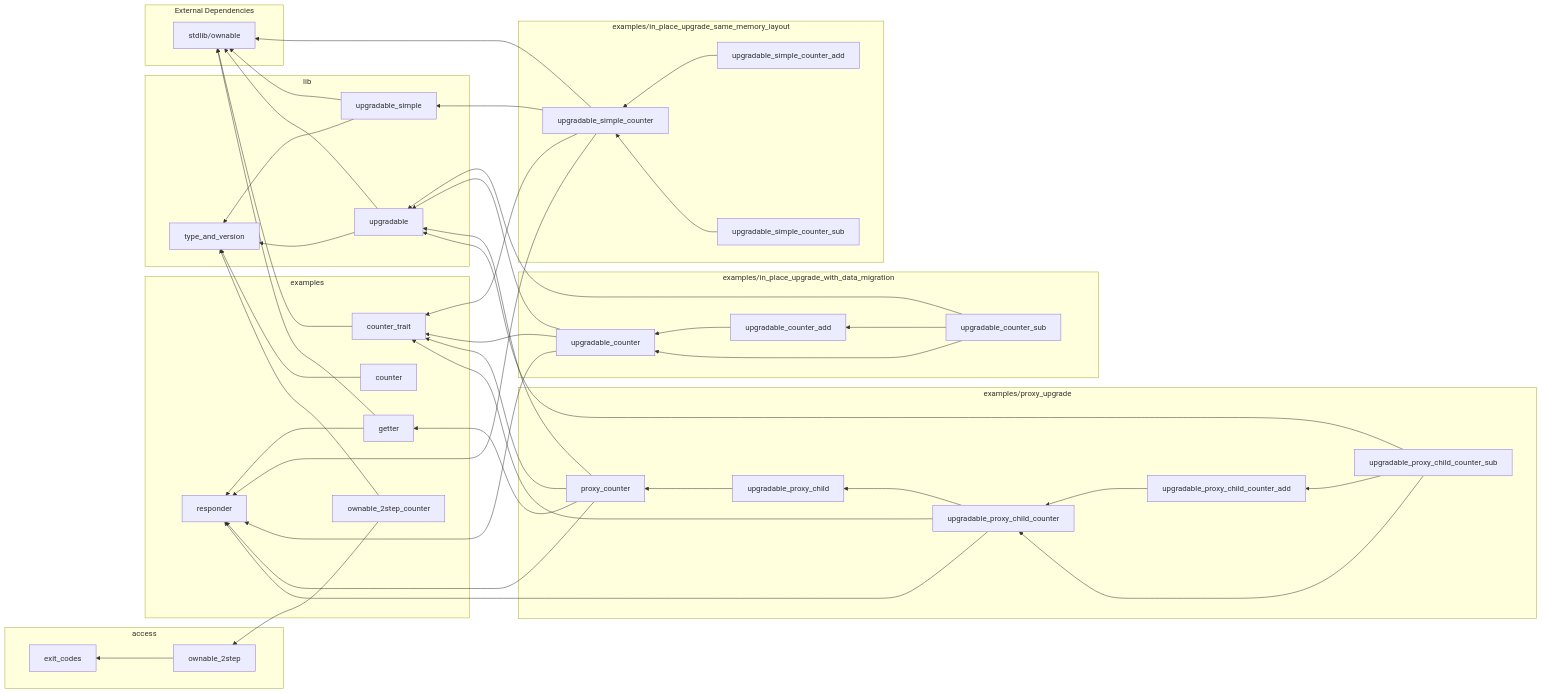
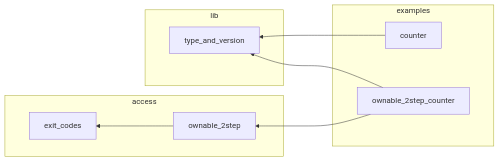
One commit to smartcontractkit/chainlink-ton changed the diagram in contracts/generated/dependencies.md. Above: the diagram before and after it, drawn with Mermaid.

Commit message:
fix: update graph

````diff
--- a/contracts/generated/dependencies.md
+++ b/contracts/generated/dependencies.md
@@ -3,80 +3,23 @@
 ```mermaid
 ---
 config:
   flowchart:
     rankSpacing: 100
 ---
 flowchart RL
     subgraph access[access]
         access__exit_codes_tact[exit_codes]
         access__ownable_2step_tact[ownable_2step]
     end
     subgraph examples[examples]
         examples__counter_tact[counter]
-        examples__counter_trait_tact[counter_trait]
-        examples__responder_tact[responder]
-        examples__getter_tact[getter]
         examples__ownable_2step_counter_tact[ownable_2step_counter]
     end
-    subgraph examples_in_place_upgrade_with_data_migration[examples/in_place_upgrade_with_data_migration]
-        examples__in_place_upgrade_with_data_migration__upgradable_counter_add_tact[upgradable_counter_add]
-        examples__in_place_upgrade_with_data_migration__upgradable_counter_tact[upgradable_counter]
-        examples__in_place_upgrade_with_data_migration__upgradable_counter_sub_tact[upgradable_counter_sub]
-    end
-    subgraph examples_proxy_upgrade[examples/proxy_upgrade]
-        examples__proxy_upgrade__upgradable_proxy_child_tact[upgradable_proxy_child]
-        examples__proxy_upgrade__upgradable_proxy_child_counter_tact[upgradable_proxy_child_counter]
-        examples__proxy_upgrade__upgradable_proxy_child_counter_add_tact[upgradable_proxy_child_counter_add]
-        examples__proxy_upgrade__upgradable_proxy_child_counter_sub_tact[upgradable_proxy_child_counter_sub]
-        examples__proxy_upgrade__proxy_counter_tact[proxy_counter]
-    end
-    subgraph examples_in_place_upgrade_same_memory_layout[examples/in_place_upgrade_same_memory_layout]
-        examples__in_place_upgrade_same_memory_layout__upgradable_simple_counter_add_tact[upgradable_simple_counter_add]
-        examples__in_place_upgrade_same_memory_layout__upgradable_simple_counter_tact[upgradable_simple_counter]
-        examples__in_place_upgrade_same_memory_layout__upgradable_simple_counter_sub_tact[upgradable_simple_counter_sub]
-    end
     subgraph lib[lib]
-        lib__upgradable_tact[upgradable]
-        lib__upgradable_simple_tact[upgradable_simple]
         lib__type_and_version_tact[type_and_version]
-    end
-    subgraph external[External Dependencies]
-        ext_stdlib__ownable[stdlib/ownable]
     end
     access__ownable_2step_tact --> access__exit_codes_tact
     examples__counter_tact --> lib__type_and_version_tact
-    examples__counter_trait_tact --> ext_stdlib__ownable
-    examples__getter_tact --> examples__responder_tact
-    examples__getter_tact --> ext_stdlib__ownable
-    examples__in_place_upgrade_same_memory_layout__upgradable_simple_counter_add_tact --> examples__in_place_upgrade_same_memory_layout__upgradable_simple_counter_tact
-    examples__in_place_upgrade_same_memory_layout__upgradable_simple_counter_sub_tact --> examples__in_place_upgrade_same_memory_layout__upgradable_simple_counter_tact
-    examples__in_place_upgrade_same_memory_layout__upgradable_simple_counter_tact --> lib__upgradable_simple_tact
-    examples__in_place_upgrade_same_memory_layout__upgradable_simple_counter_tact --> examples__counter_trait_tact
-    examples__in_place_upgrade_same_memory_layout__upgradable_simple_counter_tact --> examples__responder_tact
-    examples__in_place_upgrade_same_memory_layout__upgradable_simple_counter_tact --> ext_stdlib__ownable
-    examples__in_place_upgrade_with_data_migration__upgradable_counter_add_tact --> examples__in_place_upgrade_with_data_migration__upgradable_counter_tact
-    examples__in_place_upgrade_with_data_migration__upgradable_counter_sub_tact --> lib__upgradable_tact
-    examples__in_place_upgrade_with_data_migration__upgradable_counter_sub_tact --> examples__in_place_upgrade_with_data_migration__upgradable_counter_tact
-    examples__in_place_upgrade_with_data_migration__upgradable_counter_sub_tact --> examples__in_place_upgrade_with_data_migration__upgradable_counter_add_tact
-    examples__in_place_upgrade_with_data_migration__upgradable_counter_tact --> lib__upgradable_tact
-    examples__in_place_upgrade_with_data_migration__upgradable_counter_tact --> examples__counter_trait_tact
-    examples__in_place_upgrade_with_data_migration__upgradable_counter_tact --> examples__responder_tact
     examples__ownable_2step_counter_tact --> access__ownable_2step_tact
     examples__ownable_2step_counter_tact --> lib__type_and_version_tact
-    examples__proxy_upgrade__proxy_counter_tact --> lib__upgradable_tact
-    examples__proxy_upgrade__proxy_counter_tact --> examples__counter_trait_tact
-    examples__proxy_upgrade__proxy_counter_tact --> examples__getter_tact
-    examples__proxy_upgrade__proxy_counter_tact --> examples__responder_tact
-    examples__proxy_upgrade__upgradable_proxy_child_counter_add_tact --> examples__proxy_upgrade__upgradable_proxy_child_counter_tact
-    examples__proxy_upgrade__upgradable_proxy_child_counter_sub_tact --> lib__upgradable_tact
-    examples__proxy_upgrade__upgradable_proxy_child_counter_sub_tact --> examples__proxy_upgrade__upgradable_proxy_child_counter_tact
-    examples__proxy_upgrade__upgradable_proxy_child_counter_sub_tact --> examples__proxy_upgrade__upgradable_proxy_child_counter_add_tact
-    examples__proxy_upgrade__upgradable_proxy_child_counter_tact --> examples__counter_trait_tact
-    examples__proxy_upgrade__upgradable_proxy_child_counter_tact --> examples__responder_tact
-    examples__proxy_upgrade__upgradable_proxy_child_counter_tact --> examples__proxy_upgrade__upgradable_proxy_child_tact
-    examples__proxy_upgrade__upgradable_proxy_child_tact --> examples__proxy_upgrade__proxy_counter_tact
-    lib__upgradable_simple_tact --> lib__type_and_version_tact
-    lib__upgradable_simple_tact --> ext_stdlib__ownable
-    lib__upgradable_tact --> lib__type_and_version_tact
-    lib__upgradable_tact --> ext_stdlib__ownable
 ```
````
